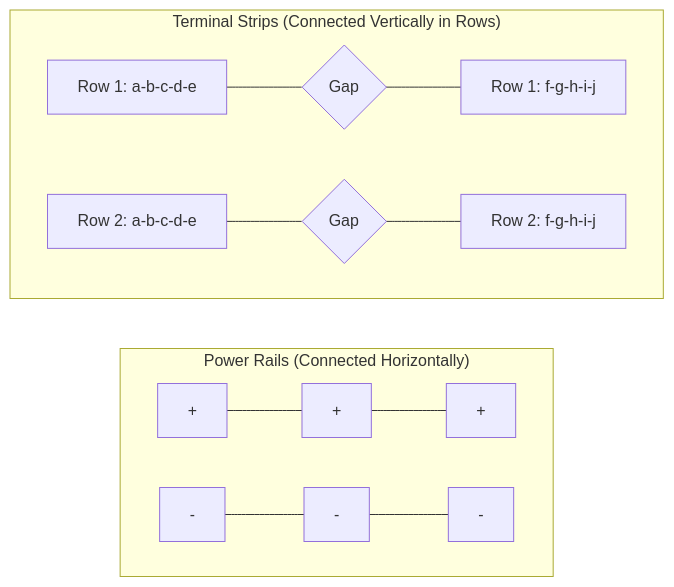
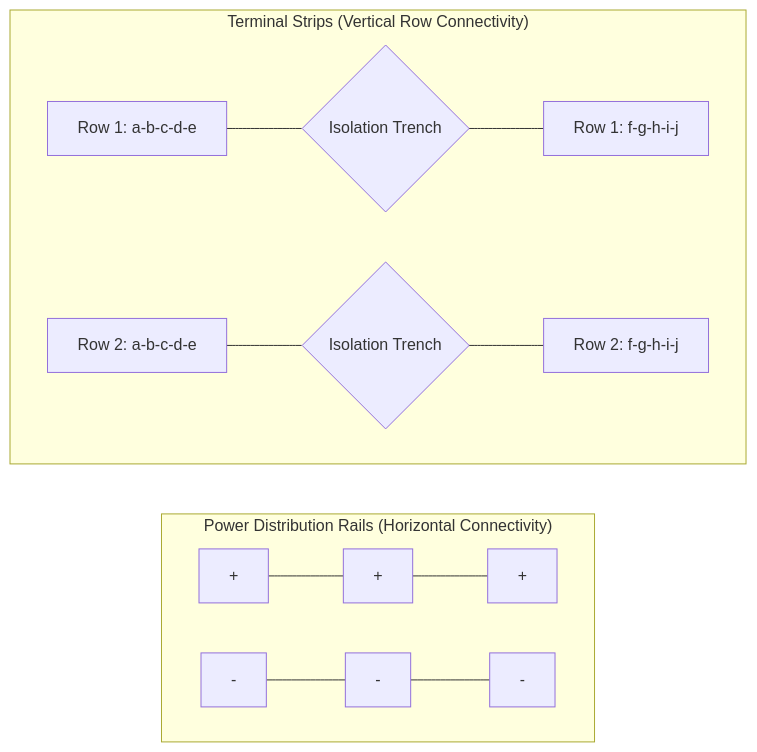
One commit to jithurx/learn changed the second of 9 diagrams in src/content/docs/posts/intro-to-hardware/index.md. Above: the diagram before and after it, drawn with Mermaid. The commit also changed other lines of this file, not shown here.

````diff
--- a/src/content/docs/posts/intro-to-hardware/index.md
+++ b/src/content/docs/posts/intro-to-hardware/index.md
@@ -125,14 +120,14 @@
 ```mermaid
 flowchart LR
-    subgraph Power_Rails ["Power Rails (Connected Horizontally)"]
+    subgraph Power_Rails ["Power Distribution Rails (Horizontal Connectivity)"]
         direction LR
         P1["+"] --- P2["+"] --- P3["+"]
         N1["-"] --- N2["-"] --- N3["-"]
     end
 
-    subgraph Terminal_Strips ["Terminal Strips (Connected Vertically in Rows)"]
+    subgraph Terminal_Strips ["Terminal Strips (Vertical Row Connectivity)"]
         direction LR
-        Left["Row 1: a-b-c-d-e"] --- Gap{Gap} --- Right["Row 1: f-g-h-i-j"]
-        Left2["Row 2: a-b-c-d-e"] --- Gap2{Gap} --- Right2["Row 2: f-g-h-i-j"]
+        Left["Row 1: a-b-c-d-e"] --- Gap{Isolation Trench} --- Right["Row 1: f-g-h-i-j"]
+        Left2["Row 2: a-b-c-d-e"] --- Gap2{Isolation Trench} --- Right2["Row 2: f-g-h-i-j"]
     end
 ```
````
